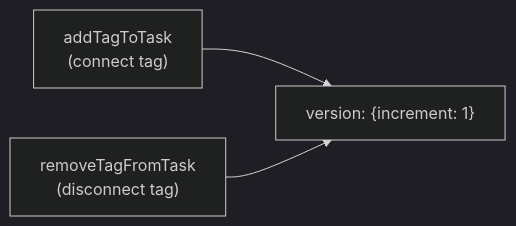
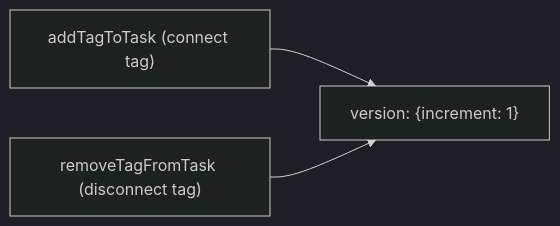
One commit to asefahmed500/Smart-Task-App_IIT_DU_Final_Project changed the eighth of 10 diagrams in docs/05-task-management.md. Above: the diagram before and after it, drawn with Mermaid (dark theme). The commit also changed other lines of this file and 8 other files, not shown here.

Commit message:
fix: remove br tags from mermaid diagrams for GitHub rendering

````diff
--- a/docs/05-task-management.md
+++ b/docs/05-task-management.md
@@ -299,8 +299,8 @@
 ```mermaid
 flowchart LR
-    ADD_TAG["addTagToTask<br/>(connect tag)"]
-    RM_TAG["removeTagFromTask<br/>(disconnect tag)"]
+    ADD_TAG["addTagToTask (connect tag)"]
+    RM_TAG["removeTagFromTask (disconnect tag)"]
 
     ADD_TAG --> VERSION["version: {increment: 1}"]
     RM_TAG --> VERSION
 ```
````
